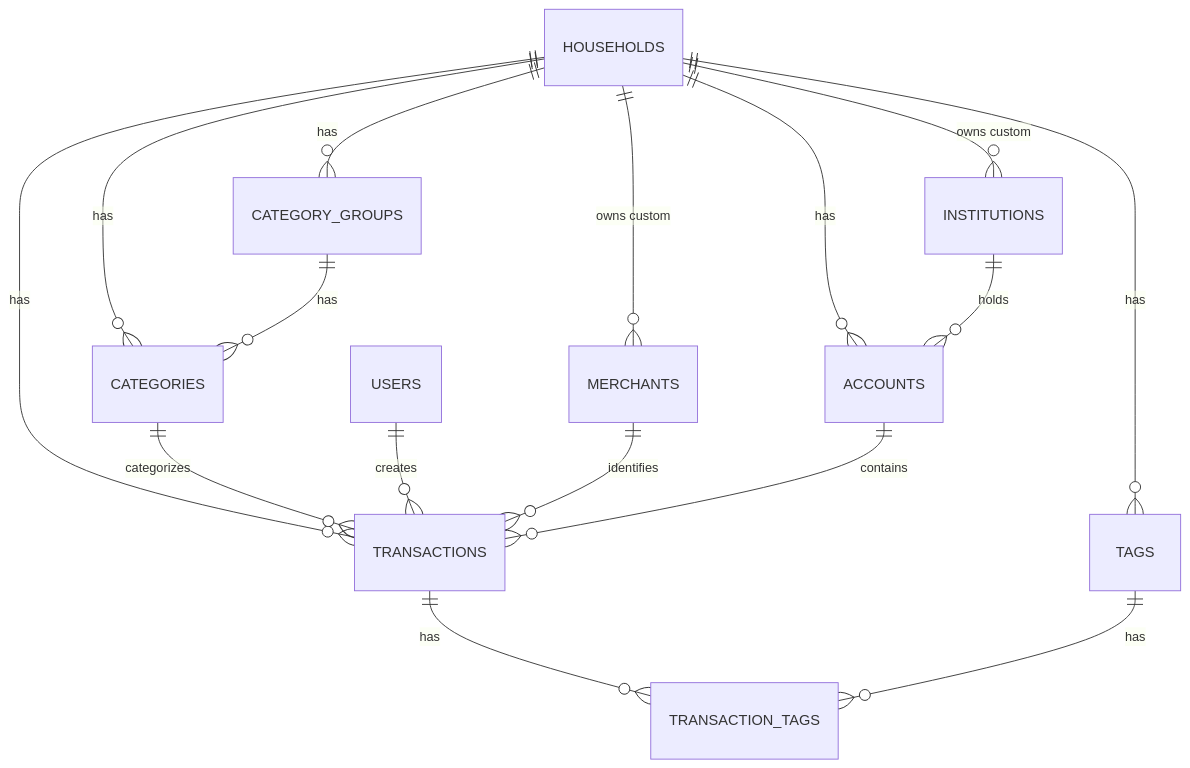
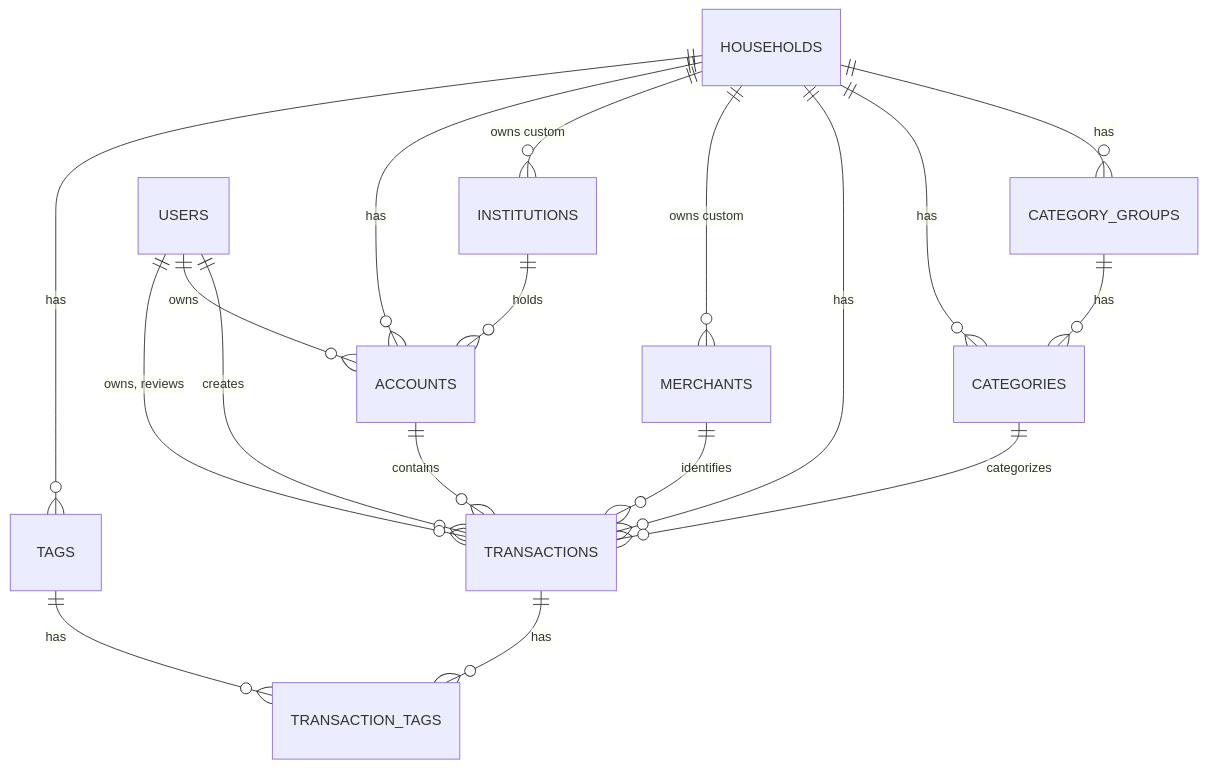
Before and after one commit to samuel-duhaime/firebird-money: the second of 2 diagrams in README.md, drawn with Mermaid. The commit also changed other lines of this file and 29 other files, not shown here.

````diff
--- a/README.md
+++ b/README.md
@@ -284,18 +285,20 @@
 ```mermaid
 erDiagram
     HOUSEHOLDS ||--o{ CATEGORY_GROUPS : has
     HOUSEHOLDS ||--o{ CATEGORIES : has
     CATEGORY_GROUPS ||--o{ CATEGORIES : has
     HOUSEHOLDS ||--o{ TRANSACTIONS : has
     CATEGORIES ||--o{ TRANSACTIONS : categorizes
     USERS ||--o{ TRANSACTIONS : creates
     MERCHANTS ||--o{ TRANSACTIONS : identifies
     HOUSEHOLDS ||--o{ MERCHANTS : "owns custom"
     HOUSEHOLDS ||--o{ INSTITUTIONS : "owns custom"
     HOUSEHOLDS ||--o{ ACCOUNTS : has
     INSTITUTIONS ||--o{ ACCOUNTS : holds
     ACCOUNTS ||--o{ TRANSACTIONS : contains
+    USERS ||--o{ ACCOUNTS : owns
+    USERS ||--o{ TRANSACTIONS : "owns, reviews"
     HOUSEHOLDS ||--o{ TAGS : has
     TRANSACTIONS ||--o{ TRANSACTION_TAGS : has
     TAGS ||--o{ TRANSACTION_TAGS : has
 ```
````
